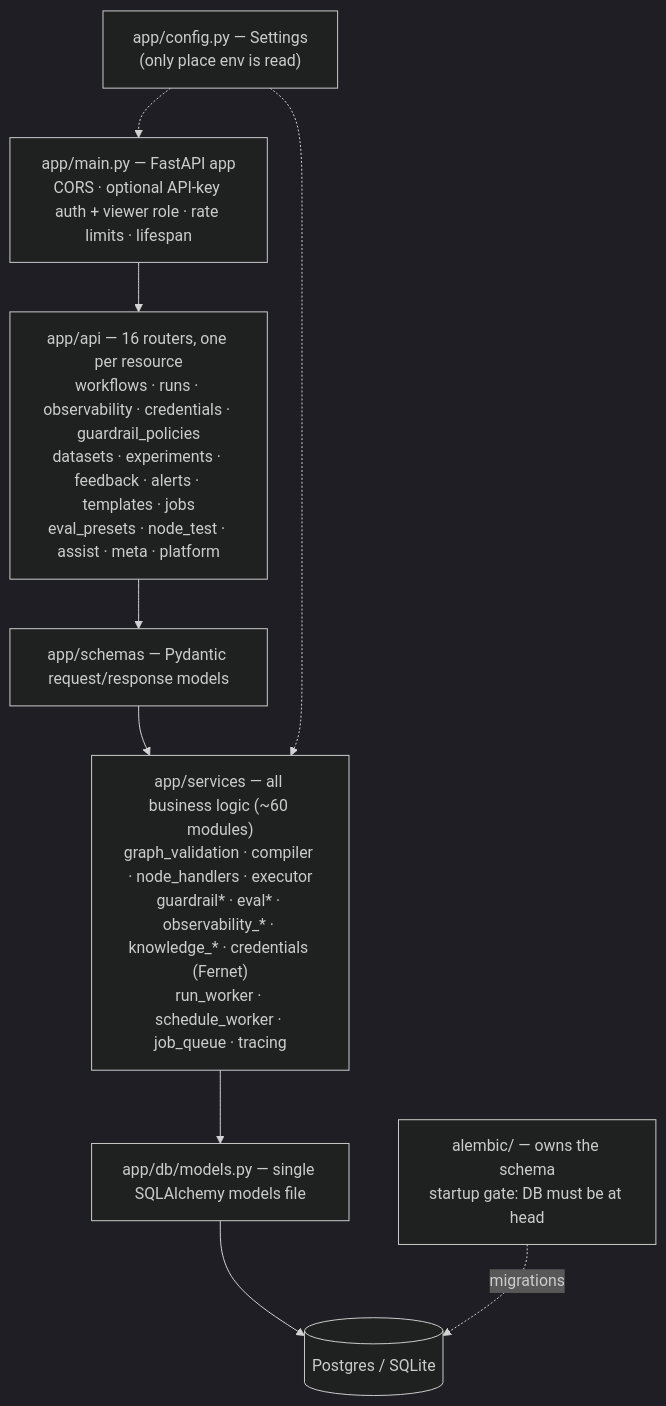
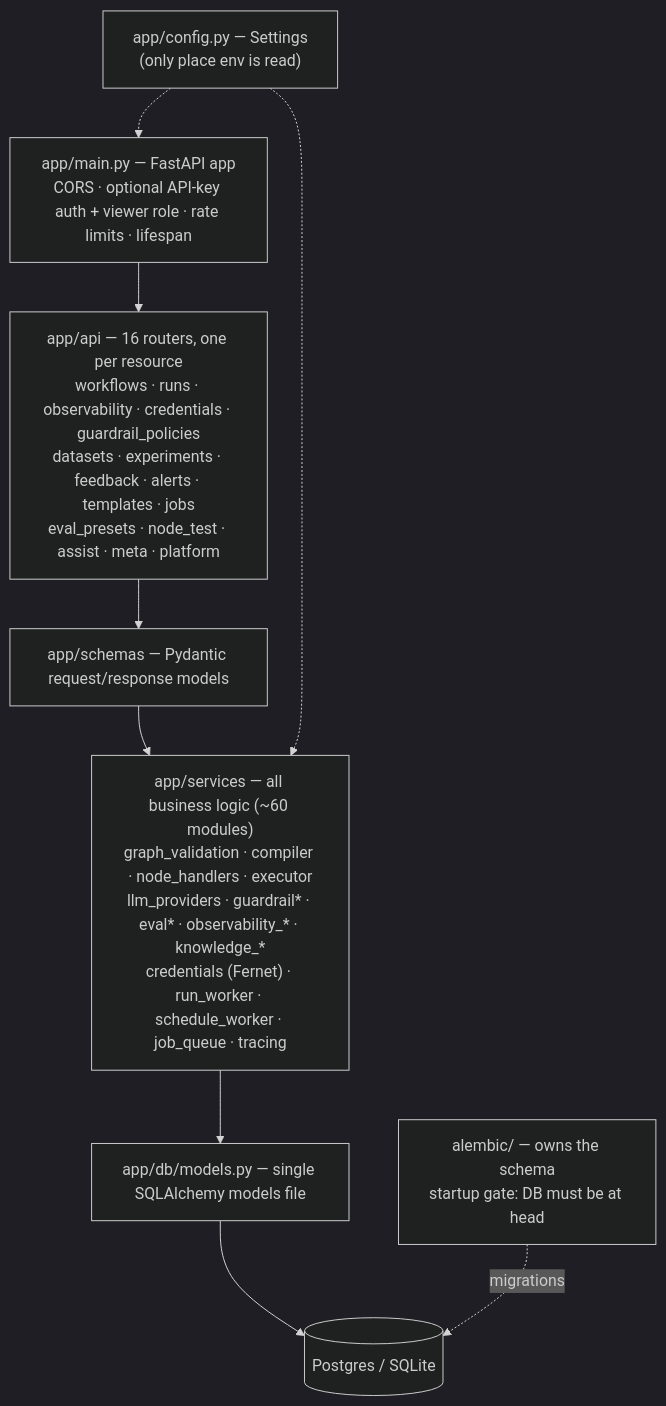
Before and after one commit to himanshu-nakrani/aegis: the third of 6 diagrams in docs/architecture.md, drawn with Mermaid (dark theme). The commit also changed other lines of this file and 7 other files, not shown here.

````diff
--- a/docs/architecture.md
+++ b/docs/architecture.md
@@ -82,16 +83,16 @@
 ```mermaid
 flowchart TB
     MW["app/main.py — FastAPI app<br/>CORS · optional API-key auth + viewer role · rate limits · lifespan"]
     R["app/api — 16 routers, one per resource<br/>workflows · runs · observability · credentials · guardrail_policies<br/>datasets · experiments · feedback · alerts · templates · jobs<br/>eval_presets · node_test · assist · meta · platform"]
     S["app/schemas — Pydantic request/response models"]
-    SVC["app/services — all business logic (~60 modules)<br/>graph_validation · compiler · node_handlers · executor<br/>guardrail* · eval* · observability_* · knowledge_* · credentials (Fernet)<br/>run_worker · schedule_worker · job_queue · tracing"]
+    SVC["app/services — all business logic (~60 modules)<br/>graph_validation · compiler · node_handlers · executor<br/>llm_providers · guardrail* · eval* · observability_* · knowledge_*<br/>credentials (Fernet) · run_worker · schedule_worker · job_queue · tracing"]
     M["app/db/models.py — single SQLAlchemy models file"]
     DB[("Postgres / SQLite")]
     AL["alembic/ — owns the schema<br/>startup gate: DB must be at head"]
     CFG["app/config.py — Settings<br/>(only place env is read)"]
 
     MW --> R --> S --> SVC --> M --> DB
     AL -.->|"migrations"| DB
     CFG -.-> MW
     CFG -.-> SVC
 ```
````
